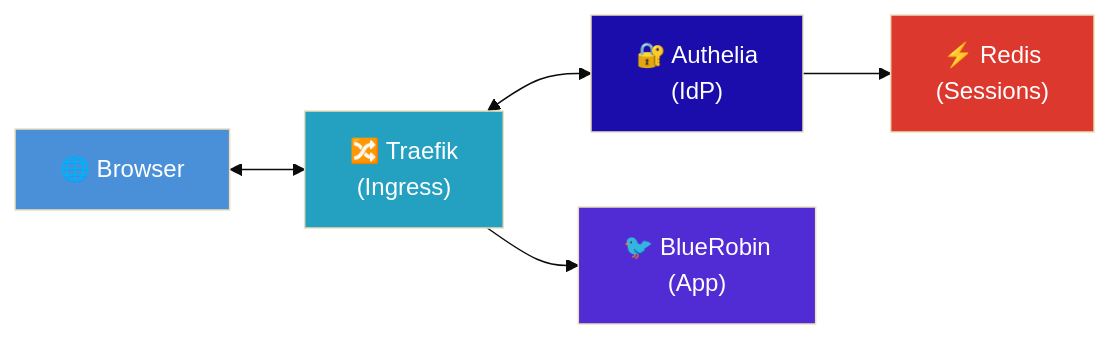
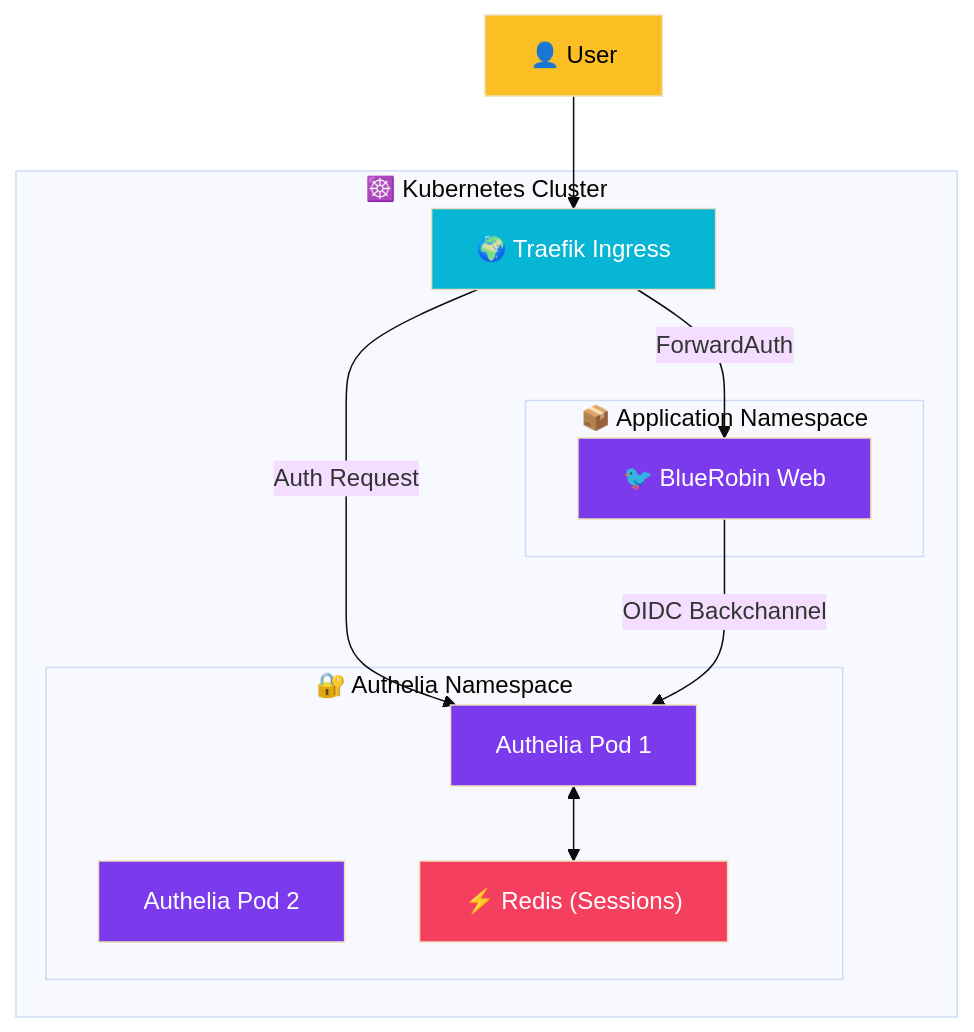
The diagram in src/content/blog/authelia-sso-oidc-dotnet.mdx (viktorrobin/bluerobin-blog), drawn with Mermaid (base theme) before and after one commit. The commit also changed other lines of this file and 127 other files, not shown here.

````diff
--- a/src/content/blog/authelia-sso-oidc-dotnet.mdx
+++ b/src/content/blog/authelia-sso-oidc-dotnet.mdx
@@ -21,13 +36,32 @@
 ```mermaid
-flowchart LR
-    Browser["🌐 Browser"] <--> Traefik["🔀 Traefik\n(Ingress)"]
-    Traefik <--> Authelia["🔐 Authelia\n(IdP)"]
-    Authelia --> Redis["⚡ Redis\n(Sessions)"]
-    Traefik --> App["🐦 BlueRobin\n(App)"]
+flowchart TB
+    subgraph K8s["☸️ Kubernetes Cluster"]
+        Ingress["🌍 Traefik Ingress"]
+        
+        subgraph Auth["🔐 Authelia Namespace"]
+            Pod1["Authelia Pod 1"]
+            Pod2["Authelia Pod 2"]
+            Redis["⚡ Redis (Sessions)"]
+        end
+        
+        subgraph App["📦 Application Namespace"]
+            WebApp["🐦 BlueRobin Web"]
+        end
+    end
 
-    style Browser fill:#4a90d9,color:#fff
-    style Traefik fill:#24a1c1,color:#fff
-    style Authelia fill:#1a0dab,color:#fff
-    style Redis fill:#dc382d,color:#fff
-    style App fill:#512bd4,color:#fff
+    User["👤 User"] --> Ingress
+    Ingress -->|Auth Request| Pod1
+    Pod1 <--> Redis
+    Ingress -->|ForwardAuth| WebApp
+    WebApp -->|OIDC Backchannel| Pod1
+
+    classDef primary fill:#7c3aed,color:#fff
+    classDef secondary fill:#06b6d4,color:#fff
+    classDef db fill:#f43f5e,color:#fff
+    classDef warning fill:#fbbf24,color:#000
+
+    class WebApp,Pod1,Pod2 primary
+    class Ingress secondary
+    class Redis db
+    class User warning
 ```
````
